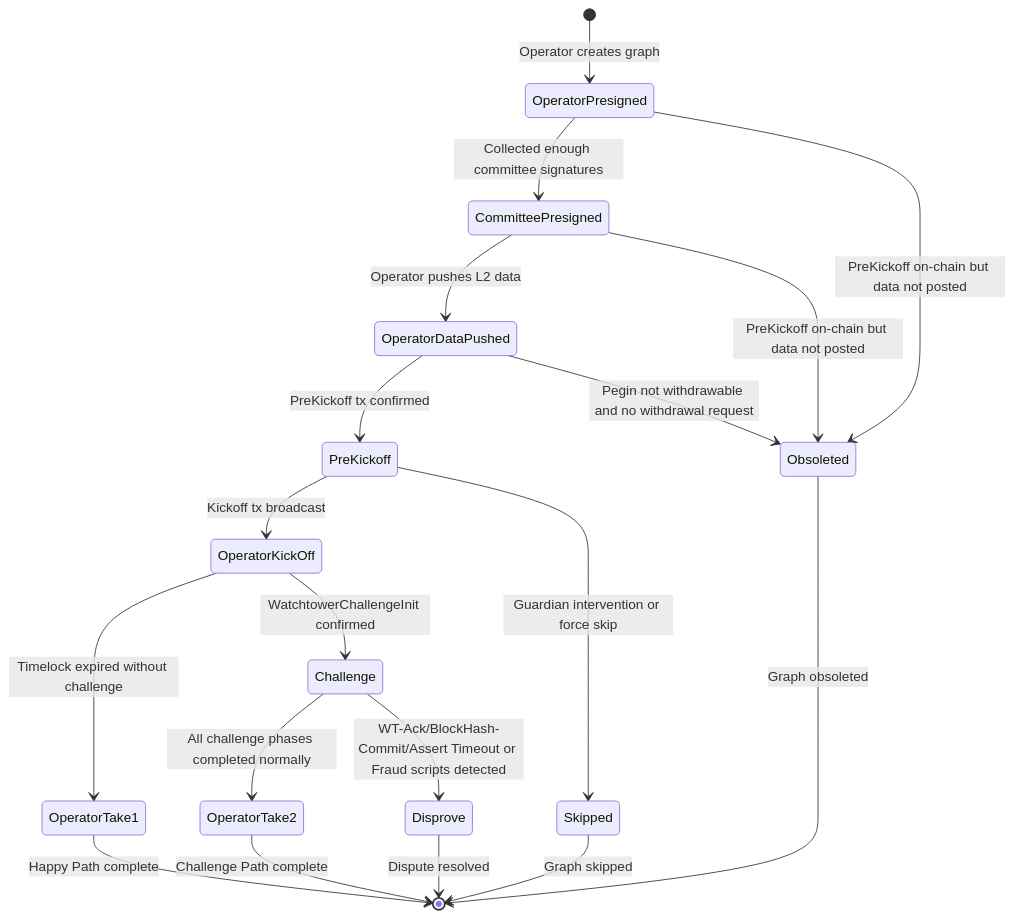
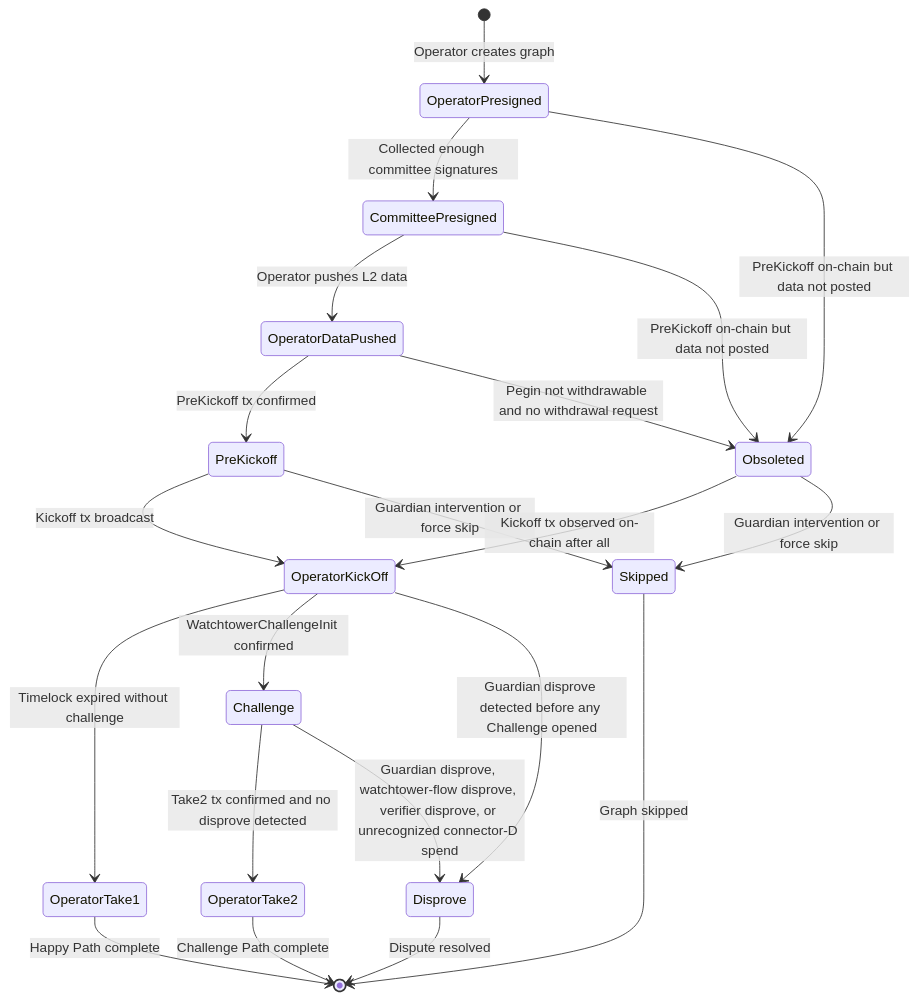
One commit to GOATNetwork/bitvm2-node changed the ninth of 13 diagrams in node/README.md. Above: the diagram before and after it, drawn with Mermaid. The commit also changed other lines of this file and 2 other files, not shown here.

Commit message:
fix: use tla+ to detect the graph update race

````diff
--- a/node/README.md
+++ b/node/README.md
@@ -399,28 +399,31 @@
 ```mermaid
 stateDiagram-v2
     [*] --> OperatorPresigned: Operator creates graph
 
     OperatorPresigned --> CommitteePresigned: Collected enough committee signatures
     OperatorPresigned --> Obsoleted: PreKickoff on-chain but data not posted
 
     CommitteePresigned --> OperatorDataPushed: Operator pushes L2 data
     CommitteePresigned --> Obsoleted: PreKickoff on-chain but data not posted
 
     OperatorDataPushed --> PreKickoff: PreKickoff tx confirmed
     OperatorDataPushed --> Obsoleted: Pegin not withdrawable and no withdrawal request
 
     PreKickoff --> OperatorKickOff: Kickoff tx broadcast
     PreKickoff --> Skipped: Guardian intervention or force skip
 
+    Obsoleted --> OperatorKickOff: Kickoff tx observed on-chain after all
+    Obsoleted --> Skipped: Guardian intervention or force skip
+
     OperatorKickOff --> OperatorTake1: Timelock expired without challenge
     OperatorKickOff --> Challenge: WatchtowerChallengeInit confirmed
+    OperatorKickOff --> Disprove: Guardian disprove detected before any Challenge opened
 
-    Challenge --> OperatorTake2: All challenge phases completed normally
-    Challenge --> Disprove: WT-Ack/BlockHash-Commit/Assert Timeout or Fraud scripts detected
+    Challenge --> OperatorTake2: Take2 tx confirmed and no disprove detected
+    Challenge --> Disprove: Guardian disprove, watchtower-flow disprove, verifier disprove, or unrecognized connector-D spend
 
     OperatorTake1 --> [*]: Happy Path complete
     OperatorTake2 --> [*]: Challenge Path complete
     Skipped --> [*]: Graph skipped
-    Obsoleted --> [*]: Graph obsoleted
     Disprove --> [*]: Dispute resolved
 ```
````
